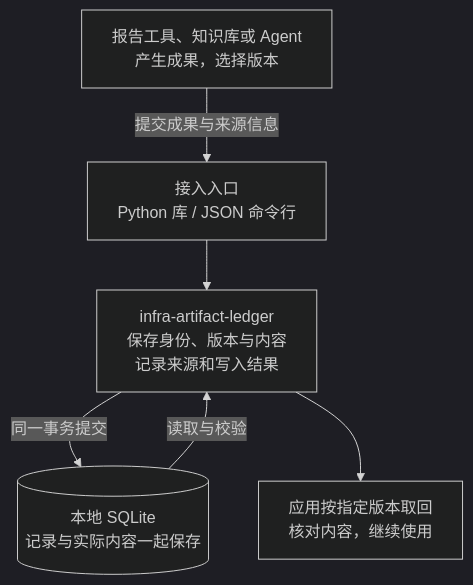
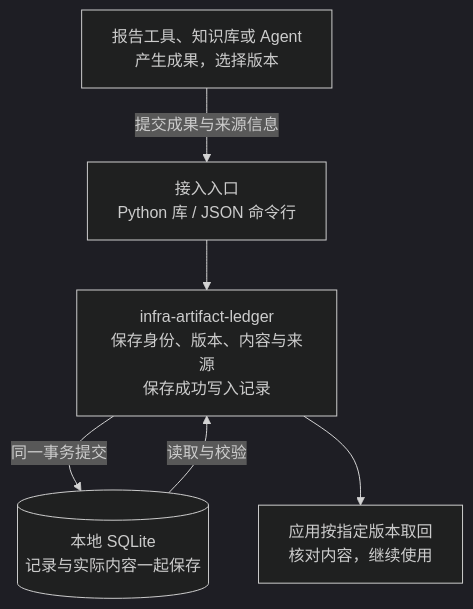
The first of 2 diagrams in README.md (kongbu0621/infra-artifact-ledger), drawn with Mermaid (dark theme) before and after one commit. The commit also changed other lines of this file and 3 other files, not shown here.

````diff
--- a/README.md
+++ b/README.md
@@ -25,14 +25,14 @@
 ```mermaid
 flowchart TD
     A["报告工具、知识库或 Agent<br/>产生成果，选择版本"]
     B["接入入口<br/>Python 库 / JSON 命令行"]
-    C["infra-artifact-ledger<br/>保存身份、版本与内容<br/>记录来源和写入结果"]
+    C["infra-artifact-ledger<br/>保存身份、版本、内容与来源<br/>保存成功写入记录"]
     D[("本地 SQLite<br/>记录与实际内容一起保存")]
     E["应用按指定版本取回<br/>核对内容，继续使用"]
 
     A -->|"提交成果与来源信息"| B
     B --> C
     C -->|"同一事务提交"| D
     D -->|"读取与校验"| C
     C --> E
 ```
````
